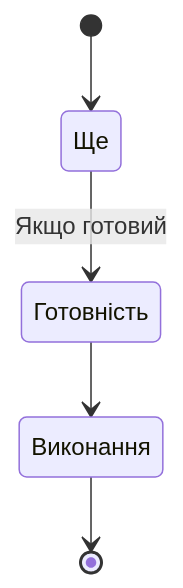
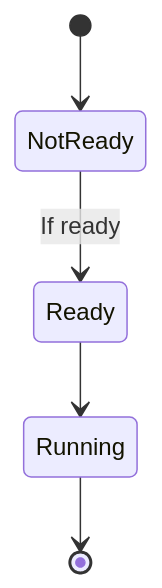
One commit to Andrupavlov/GHDoc-temp changed the sixth of 8 diagrams in Help/Mermaid.md. Above: the diagram before and after it, drawn with Mermaid. The commit also changed other lines of this file, not shown here.

````diff
--- a/Help/Mermaid.md
+++ b/Help/Mermaid.md
@@ -152,7 +152,7 @@
 ```mermaid
 stateDiagram-v2
-    [*] --> Ще
-    Ще --> Готовність: Якщо готовий
-    Готовність --> Виконання
-    Виконання --> [*]
+    [*] --> NotReady
+    NotReady --> Ready: If ready
+    Ready --> Running
+    Running --> [*]
 ```
````
